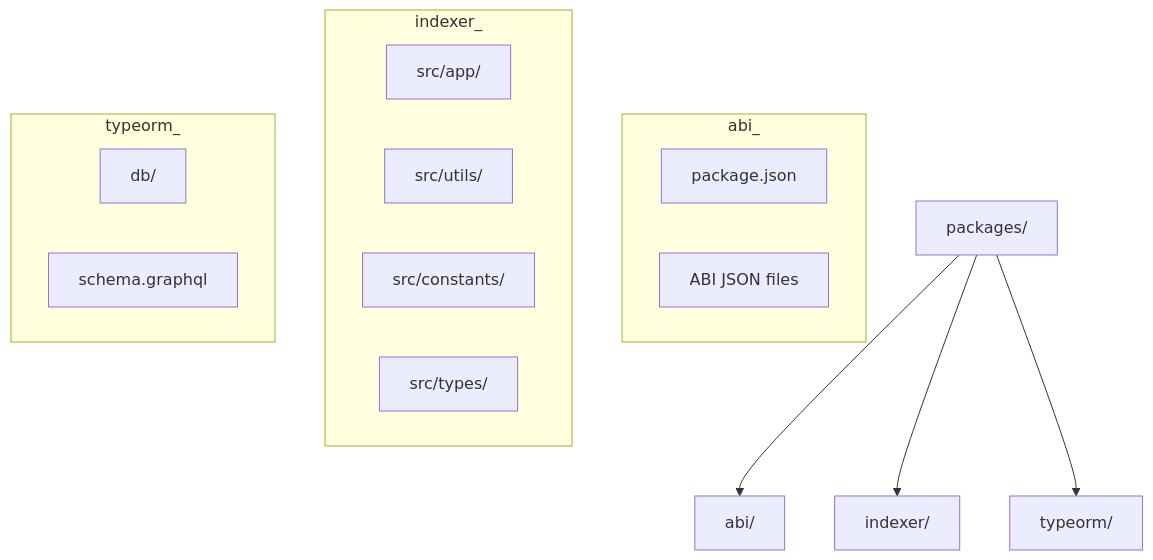
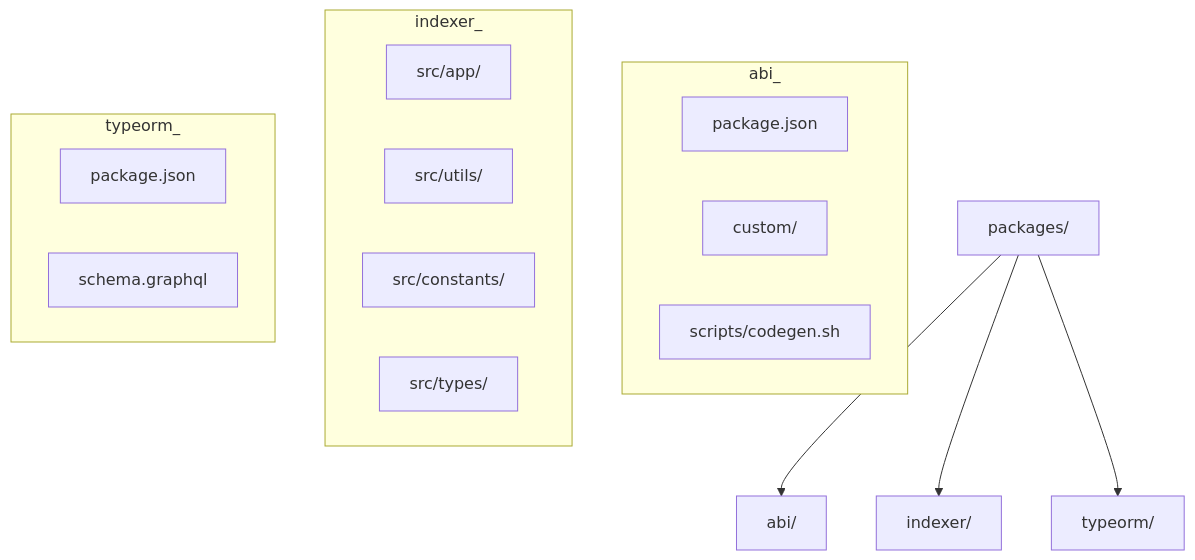
The second of 3 diagrams in ARCHITECTURE.md (chillwhales/lsp-indexer), drawn with Mermaid before and after one commit. The commit also changed other lines of this file, not shown here.

Commit message:
chore: fix information in architecture

````diff
--- a/ARCHITECTURE.md
+++ b/ARCHITECTURE.md
@@ -52,23 +52,24 @@
 ```mermaid
 graph TD
     A[packages/] --> B[abi/]
     A --> C[indexer/]
     A --> D[typeorm/]
 
     subgraph abi_
         B1[package.json]
-        B2[ABI JSON files]
+        B2[custom/]
+        B3[scripts/codegen.sh]
     end
 
     subgraph indexer_
         C1[src/app/]
         C2[src/utils/]
         C3[src/constants/]
         C4[src/types/]
     end
 
     subgraph typeorm_
-        D1[db/]
+        D1[package.json]
         D2[schema.graphql]
     end
 ```
````
